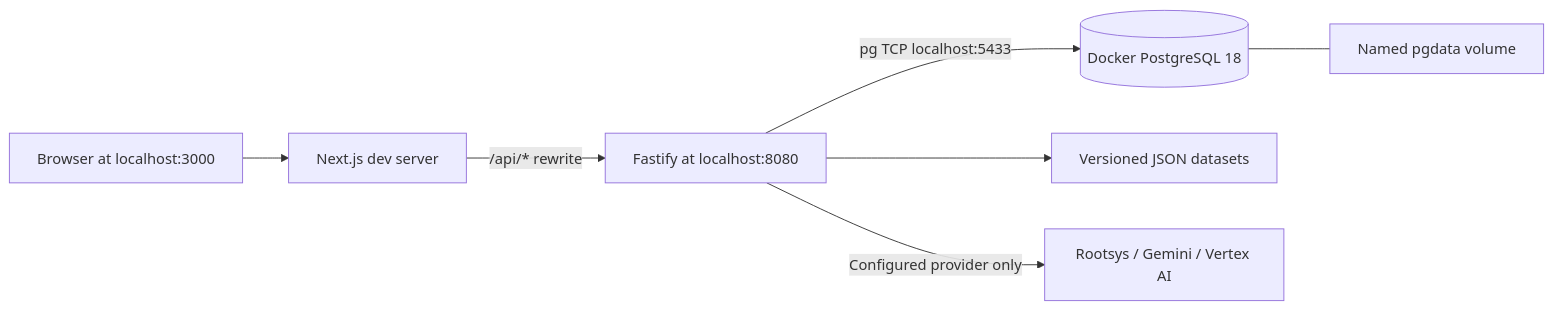
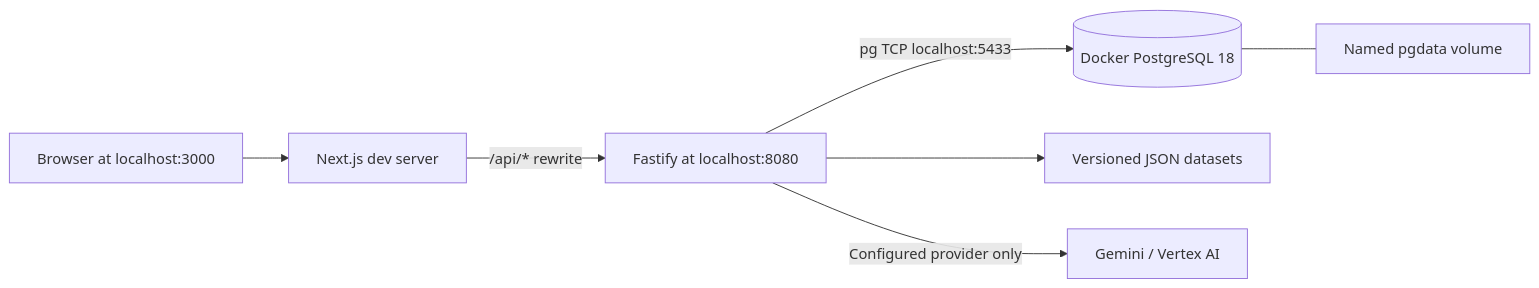
Before and after one commit to voxianshift/voxian-shift-dashboard: the first of 3 diagrams in ARCHITECTURE.md, drawn with Mermaid. The commit also changed other lines of this file and 16 other files, not shown here.

First line of the commit message:
chore: remove the Rootsys AI provider

````diff
--- a/ARCHITECTURE.md
+++ b/ARCHITECTURE.md
@@ -37,9 +37,9 @@
 ```mermaid
 flowchart LR
   Browser[Browser at localhost:3000] --> Web[Next.js dev server]
   Web -->|/api/* rewrite| API[Fastify at localhost:8080]
   API -->|pg TCP localhost:5433| PG[(Docker PostgreSQL 18)]
   PG --- Volume[Named pgdata volume]
   API --> Data[Versioned JSON datasets]
-  API -->|Configured provider only| AI[Rootsys / Gemini / Vertex AI]
+  API -->|Configured provider only| AI[Gemini / Vertex AI]
 ```
````
